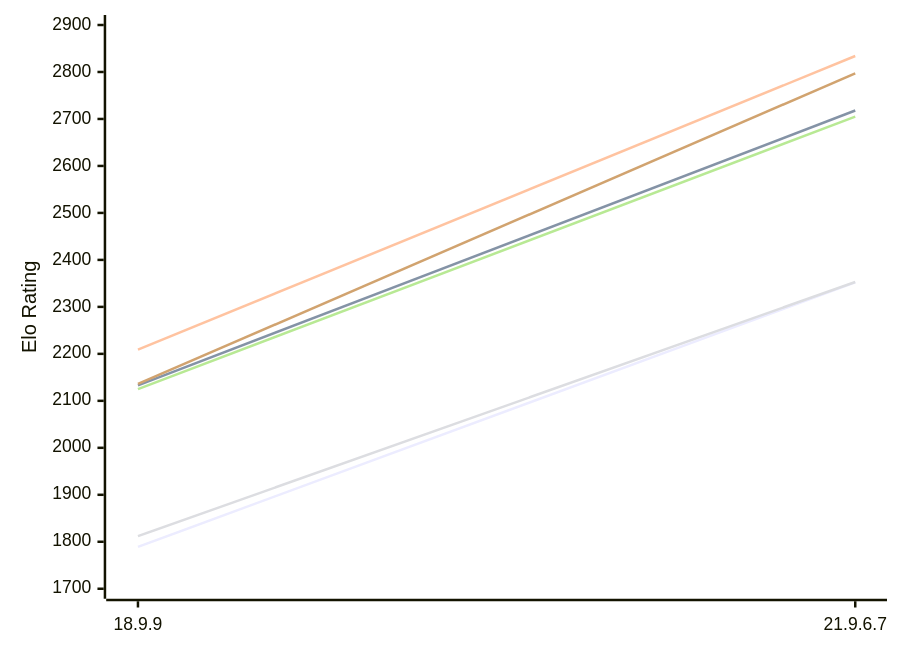
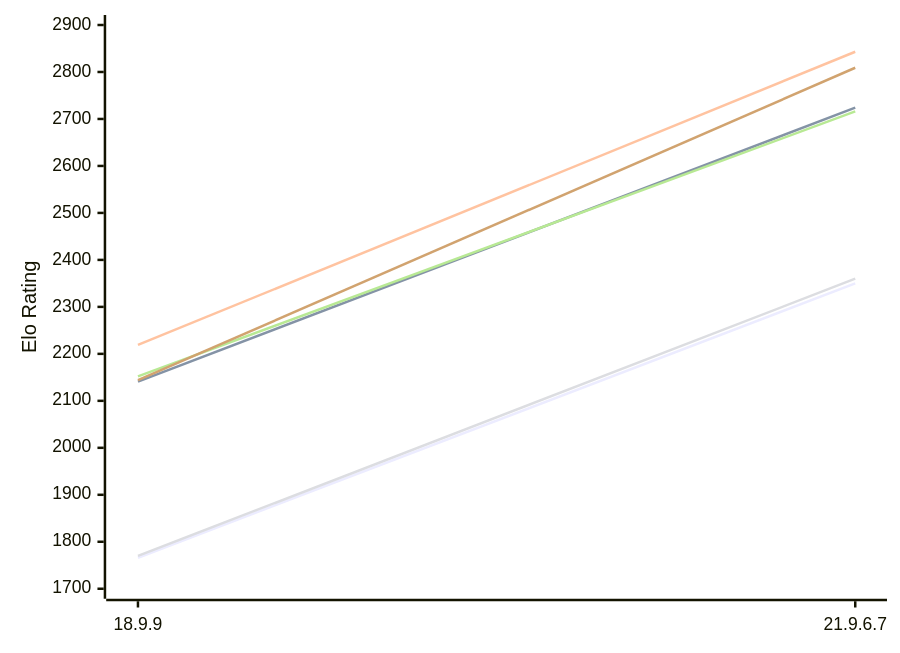
Before and after one commit to computer-chess-index/cci: the diagram in engines/RuthIron.md, drawn with Mermaid. The commit also changed other lines of this file, not shown here.

Commit message:
Update CCI Ratings (ELO VLTC) - 2026-11-16

````diff
--- a/engines/RuthIron.md
+++ b/engines/RuthIron.md
@@ -49,12 +49,12 @@
 ```mermaid
 %%{init: {"theme":"base","themeVariables":{"seriesColors:['#a3a3a3','#222221','#faa371']}}}%%
 xychart-beta
   x-axis ["18.9.9", "21.9.6.7"]
   y-axis "Elo Rating" 1700 --> 2900
-  line "E1: STC (8.0+0.08s)" [1789, 2352]
-  line "E1: LTC (60.0+0.60s)" [2133, 2718]
-  line "E1: VLTC (2m24s+1.12s)" [2209, 2834]
-  line "P1: STC (8.0+0.08s)" [1812, 2353]
-  line "P1: LTC (60.0+0.60s)" [2125, 2705]
-  line "P1: VLTC (2m24s+1.12s)" [2136, 2797]
+  line "E1: STC (8.0+0.08s)" [1766, 2350]
+  line "E1: LTC (60.0+0.60s)" [2141, 2724]
+  line "E1: VLTC (2m24s+1.12s)" [2219, 2843]
+  line "P1: STC (8.0+0.08s)" [1770, 2360]
+  line "P1: LTC (60.0+0.60s)" [2152, 2716]
+  line "P1: VLTC (2m24s+1.12s)" [2144, 2809]
 ```
````
